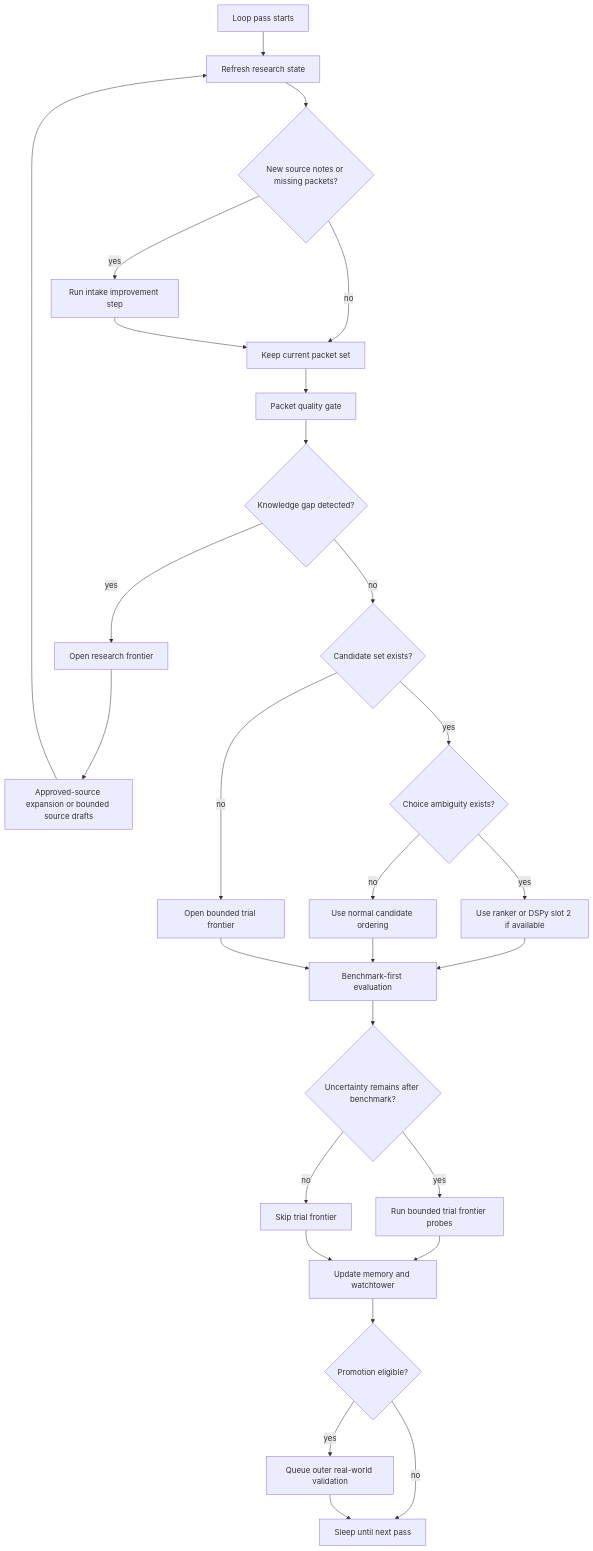
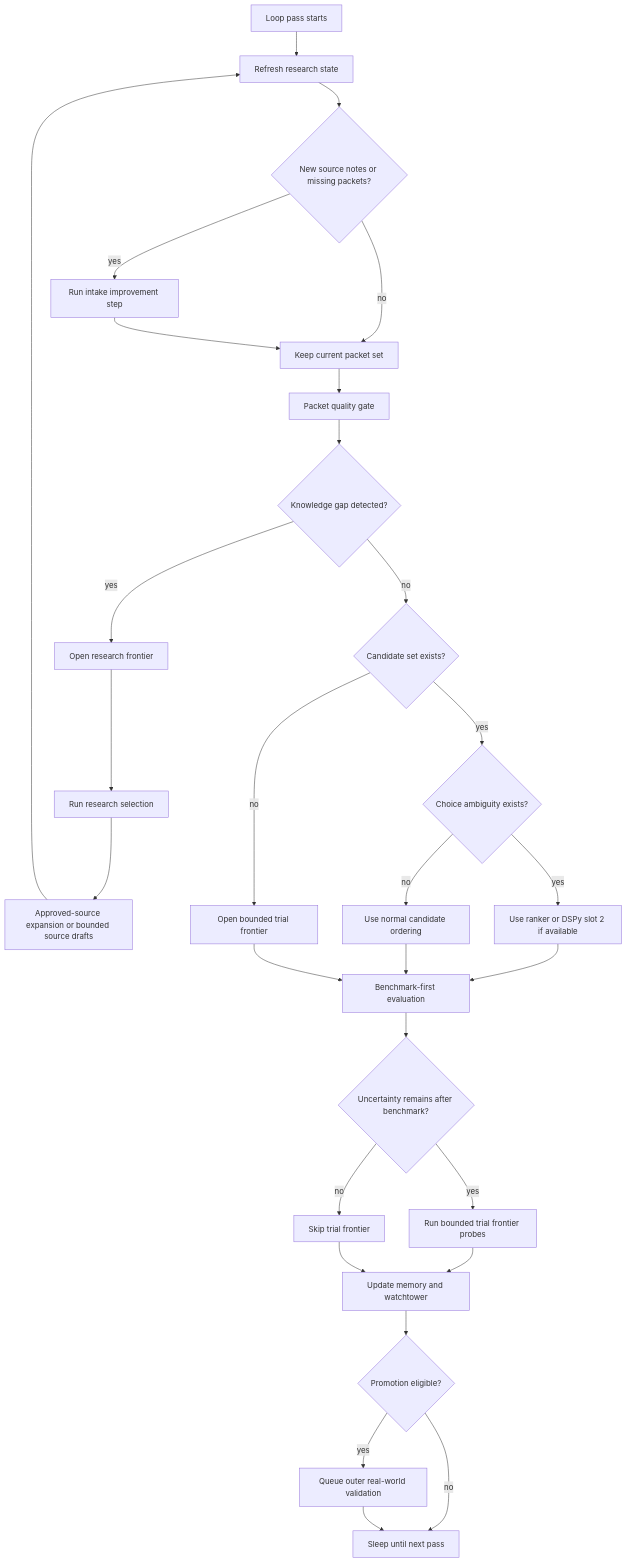
The diagram in docs/CHIP_ONE_LOOP_FLYWHEEL.md (vibeforge1111/spark-researcher), drawn with Mermaid before and after one commit. The commit also changed other lines of this file and 3 other files, not shown here.

````diff
--- a/docs/CHIP_ONE_LOOP_FLYWHEEL.md
+++ b/docs/CHIP_ONE_LOOP_FLYWHEEL.md
@@ -43,30 +43,31 @@
 ```mermaid
 flowchart TD
     A["Loop pass starts"] --> B["Refresh research state"]
     B --> C{"New source notes or missing packets?"}
     C -->|yes| D["Run intake improvement step"]
     C -->|no| E["Keep current packet set"]
     D --> E
     E --> F["Packet quality gate"]
     F --> G{"Knowledge gap detected?"}
     G -->|yes| H["Open research frontier"]
-    H --> I["Approved-source expansion or bounded source drafts"]
-    I --> B
-    G -->|no| J{"Candidate set exists?"}
-    J -->|yes| K{"Choice ambiguity exists?"}
-    J -->|no| L["Open bounded trial frontier"]
-    K -->|yes| M["Use ranker or DSPy slot 2 if available"]
-    K -->|no| N["Use normal candidate ordering"]
-    M --> O["Benchmark-first evaluation"]
-    N --> O
-    L --> O
-    O --> P{"Uncertainty remains after benchmark?"}
-    P -->|yes| Q["Run bounded trial frontier probes"]
-    P -->|no| R["Skip trial frontier"]
-    Q --> S["Update memory and watchtower"]
-    R --> S
-    S --> T{"Promotion eligible?"}
-    T -->|yes| U["Queue outer real-world validation"]
-    T -->|no| V["Sleep until next pass"]
-    U --> V
+    H --> I["Run research selection"]
+    I --> J["Approved-source expansion or bounded source drafts"]
+    J --> B
+    G -->|no| K{"Candidate set exists?"}
+    K -->|yes| L{"Choice ambiguity exists?"}
+    K -->|no| M["Open bounded trial frontier"]
+    L -->|yes| N["Use ranker or DSPy slot 2 if available"]
+    L -->|no| O["Use normal candidate ordering"]
+    N --> P["Benchmark-first evaluation"]
+    O --> P
+    M --> P
+    P --> Q{"Uncertainty remains after benchmark?"}
+    Q -->|yes| R["Run bounded trial frontier probes"]
+    Q -->|no| S["Skip trial frontier"]
+    R --> T["Update memory and watchtower"]
+    S --> T
+    T --> U{"Promotion eligible?"}
+    U -->|yes| V["Queue outer real-world validation"]
+    U -->|no| W["Sleep until next pass"]
+    V --> W
 ```
````
